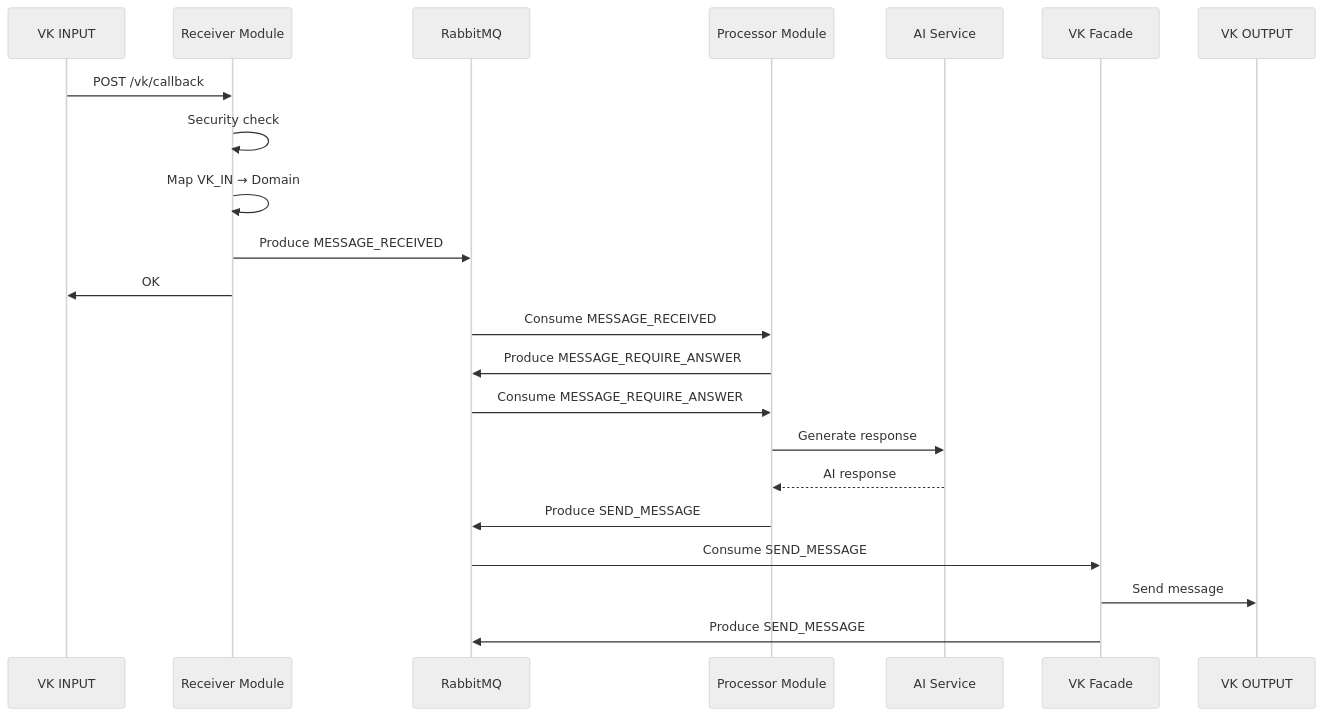
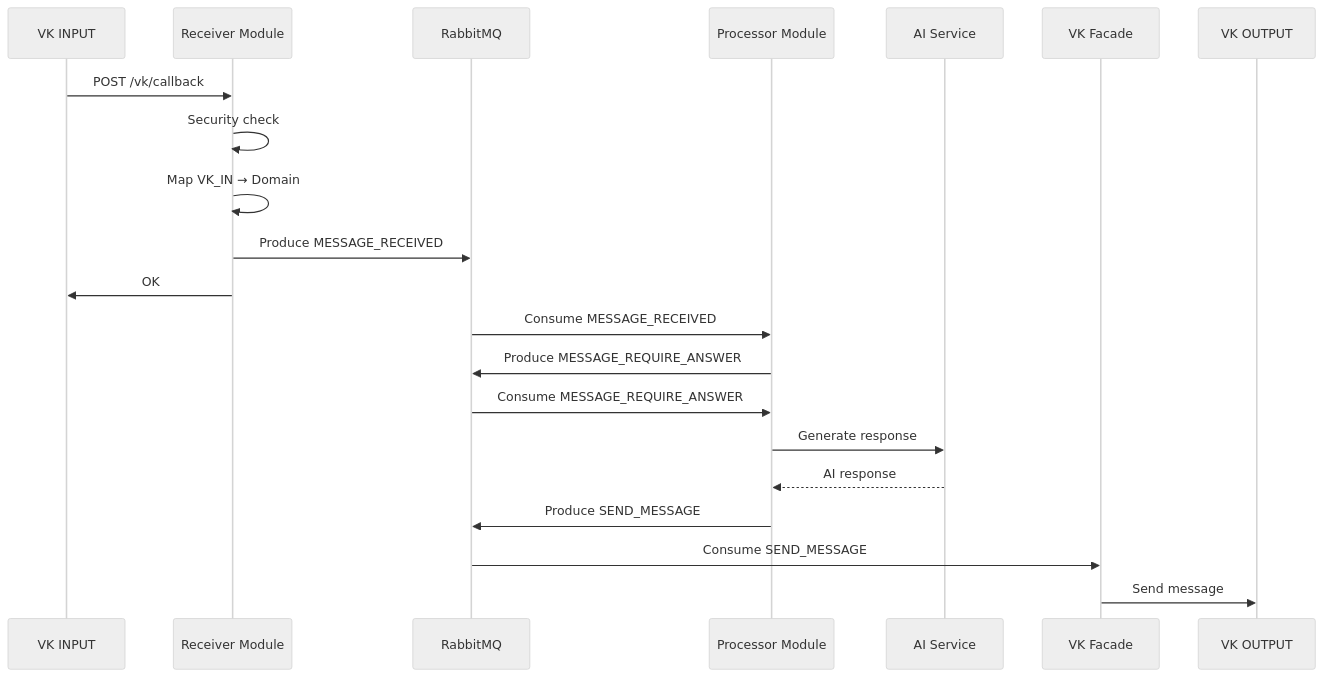
The diagram in docs/architecture/overview.md (MaximenkovAnton/vkbot), drawn with Mermaid (neutral theme) before and after one commit.

````diff
--- a/docs/architecture/overview.md
+++ b/docs/architecture/overview.md
@@ -51,28 +51,27 @@
 ```mermaid
 sequenceDiagram
     participant VK_IN as VK INPUT
     participant Receiver as Receiver Module
     participant MQ as RabbitMQ
     participant Processor as Processor Module
     participant AI as AI Service
     participant Facade as VK Facade
     participant VK_OUT as VK OUTPUT
 
     VK_IN->>Receiver: POST /vk/callback
     Receiver->>Receiver: Security check
     Receiver->>Receiver: Map VK_IN → Domain
     Receiver->>MQ: Produce MESSAGE_RECEIVED
     Receiver->>VK_IN: OK
 
     MQ->>Processor: Consume MESSAGE_RECEIVED
     Processor->>MQ: Produce MESSAGE_REQUIRE_ANSWER
 
     MQ->>Processor: Consume MESSAGE_REQUIRE_ANSWER
     Processor->>AI: Generate response
     AI-->>Processor: AI response
     Processor->>MQ: Produce SEND_MESSAGE
     MQ->>Facade: Consume SEND_MESSAGE
 
     Facade->>VK_OUT: Send message
-    Facade->>MQ: Produce SEND_MESSAGE
 ```
````
